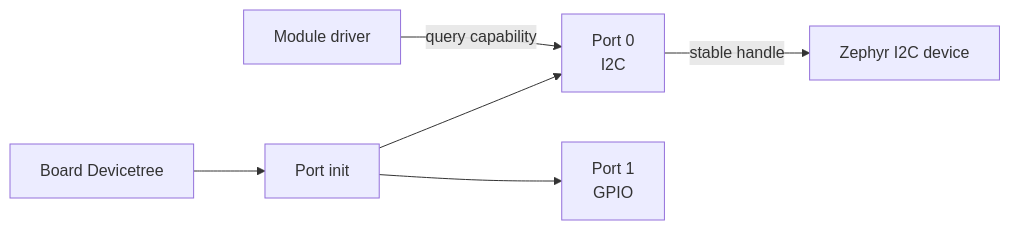
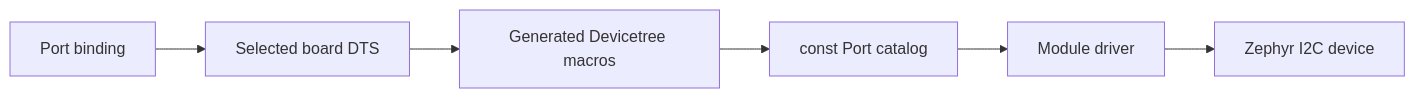
Before and after one commit to andreapiccini/SpaghettiLAB: the diagram in Firmware/core/subsys/port/README.md, drawn with Mermaid. The commit also changed other lines of this file and 23 other files, not shown here.

````diff
--- a/Firmware/core/subsys/port/README.md
+++ b/Firmware/core/subsys/port/README.md
@@ -173,8 +58,8 @@
 ```mermaid
 flowchart LR
-    DTS["Board Devicetree"] --> INIT["Port init"]
-    INIT --> P0["Port 0 <br/> I2C"]
-    INIT --> P1["Port 1 <br/> GPIO"]
-    DRIVER["Module driver"] -->|"query capability"| P0
-    P0 -->|"stable handle"| BUS["Zephyr I2C device"]
+    BINDING["Port binding"] --> DTS["Selected board DTS"]
+    DTS --> MACROS["Generated Devicetree macros"]
+    MACROS --> CATALOG["const Port catalog"]
+    CATALOG --> DRIVER["Module driver"]
+    DRIVER --> I2C["Zephyr I2C device"]
 ```
````
